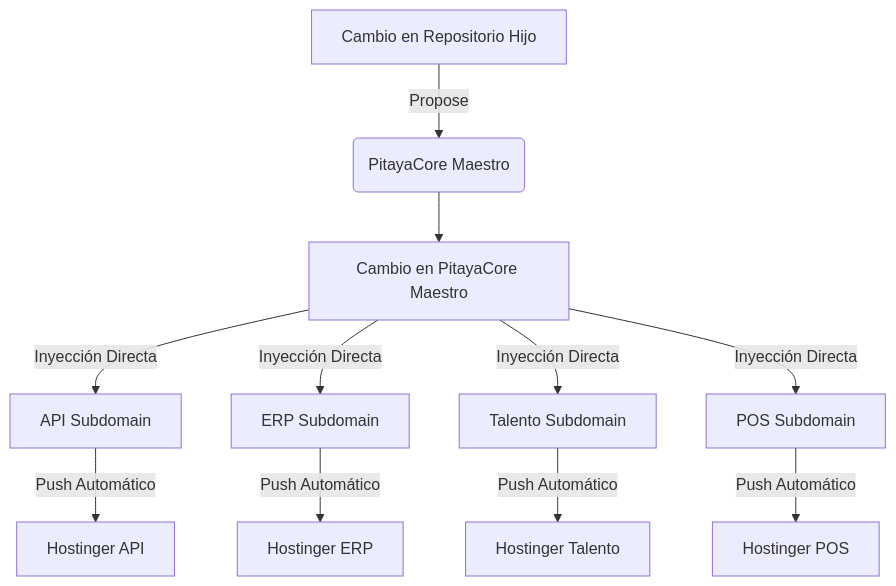
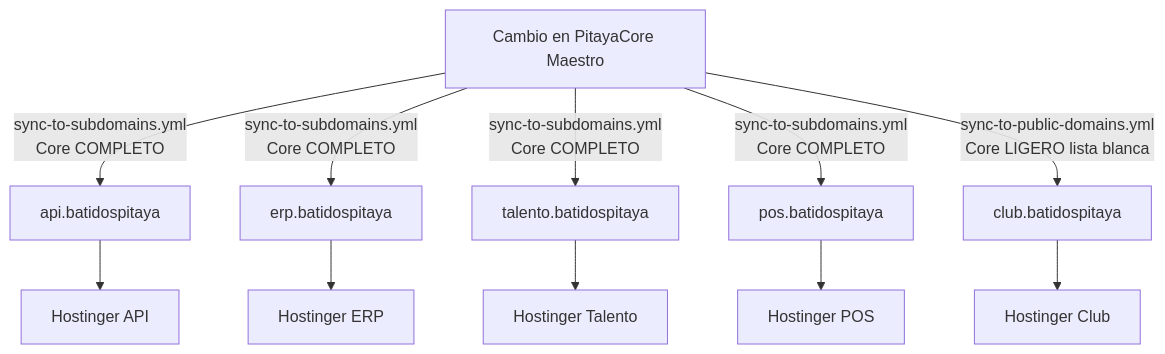
Before and after one commit to MiguelGotea/talento.batidospitaya: the diagram in docs/architecture.md, drawn with Mermaid. The commit also changed other lines of this file, not shown here.

Commit message:
chore(core): sync v13.1 (checksum update from PitayaCore)

````diff
--- a/docs/architecture.md
+++ b/docs/architecture.md
@@ -26,13 +26,17 @@
 ```mermaid
 graph TD
-    A[Cambio en Repositorio Hijo] -->|Propose| B(PitayaCore Maestro)
-    C[Cambio en PitayaCore Maestro] -->|Inyección Directa| D[API Subdomain]
-    C -->|Inyección Directa| E[ERP Subdomain]
-    C -->|Inyección Directa| F[Talento Subdomain]
-    C -->|Inyección Directa| P[POS Subdomain]
-    D -->|Push Automático| G[Hostinger API]
-    E -->|Push Automático| H[Hostinger ERP]
-    F -->|Push Automático| I[Hostinger Talento]
-    P -->|Push Automático| J[Hostinger POS]
-    B --> C
+    C[Cambio en PitayaCore Maestro]
+
+    C -->|sync-to-subdomains.yml<br/>Core COMPLETO| D[api.batidospitaya]
+    C -->|sync-to-subdomains.yml<br/>Core COMPLETO| E[erp.batidospitaya]
+    C -->|sync-to-subdomains.yml<br/>Core COMPLETO| F[talento.batidospitaya]
+    C -->|sync-to-subdomains.yml<br/>Core COMPLETO| P[pos.batidospitaya]
+
+    C -->|sync-to-public-domains.yml<br/>Core LIGERO lista blanca| CL[club.batidospitaya]
+
+    D --> G[Hostinger API]
+    E --> H[Hostinger ERP]
+    F --> I[Hostinger Talento]
+    P --> J[Hostinger POS]
+    CL --> K[Hostinger Club]
 ```
````
